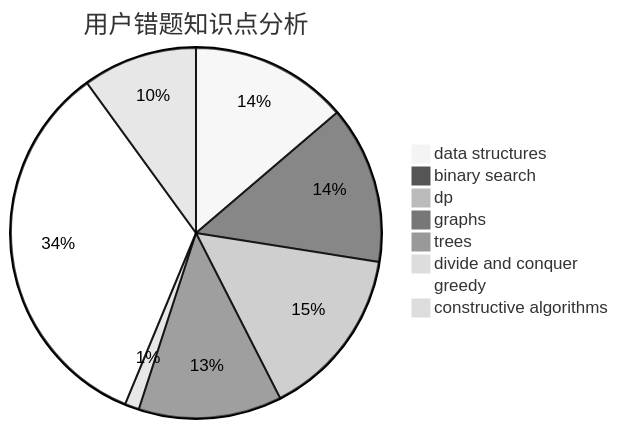
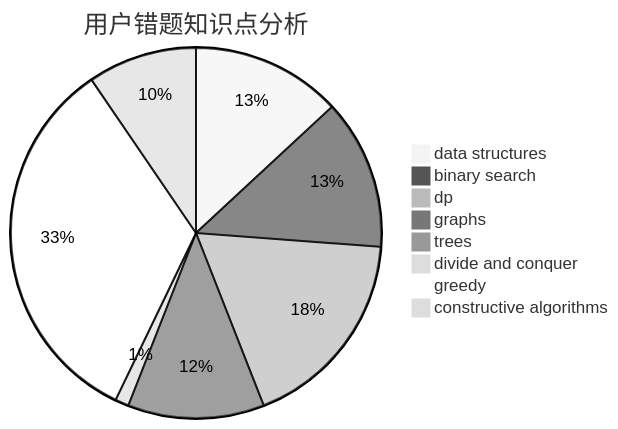
One commit to sherpahu/cfrs.github.io changed the third of 3 diagrams in docs/user/u2731.md. Above: the diagram before and after it, drawn with Mermaid (neutral theme). The commit also changed other lines of this file and 2770 other files, not shown here.

````diff
--- a/docs/user/u2731.md
+++ b/docs/user/u2731.md
@@ -36,11 +36,11 @@
 ```mermaid
 pie title 用户错题知识点分析
     "data structures" :  11
     "binary search" :  11
-    "dp" :  12
+    "dp" :  15
     "graphs" :  10
     "trees" :  0
     "divide and conquer" :  1
-    "greedy" :  27
+    "greedy" :  28
     "constructive algorithms" :  8
 ```
````
